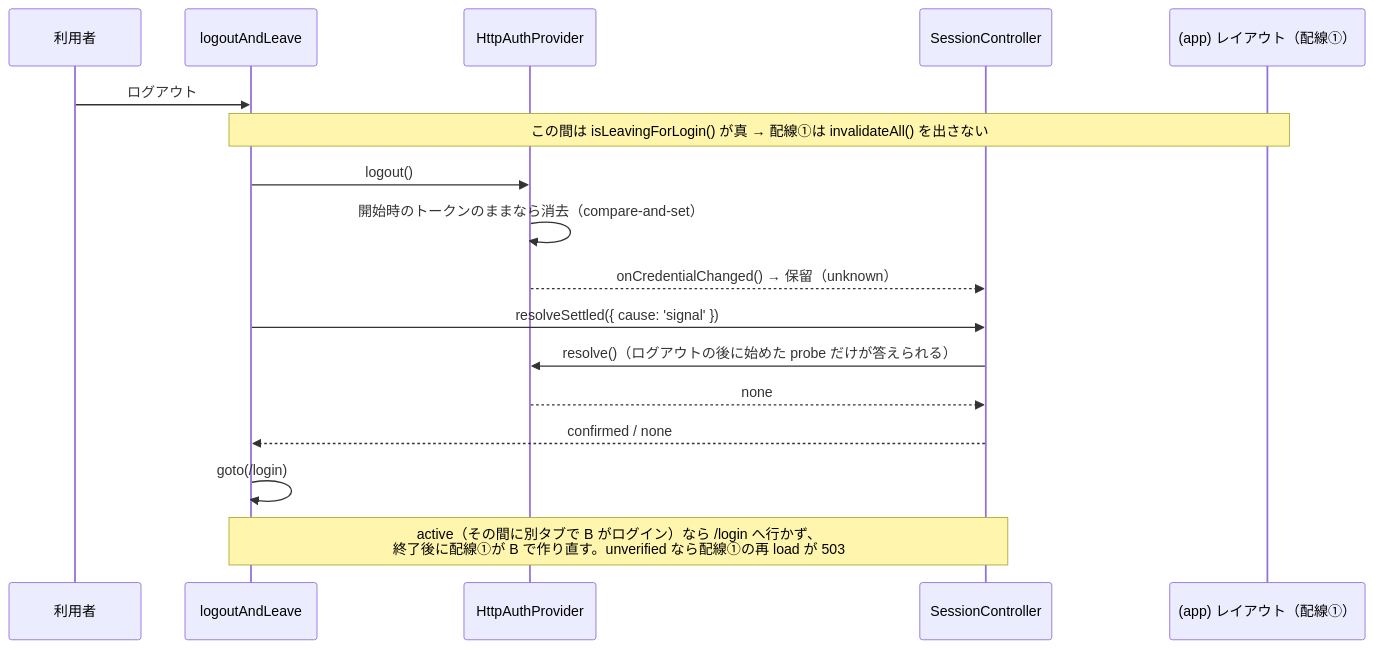
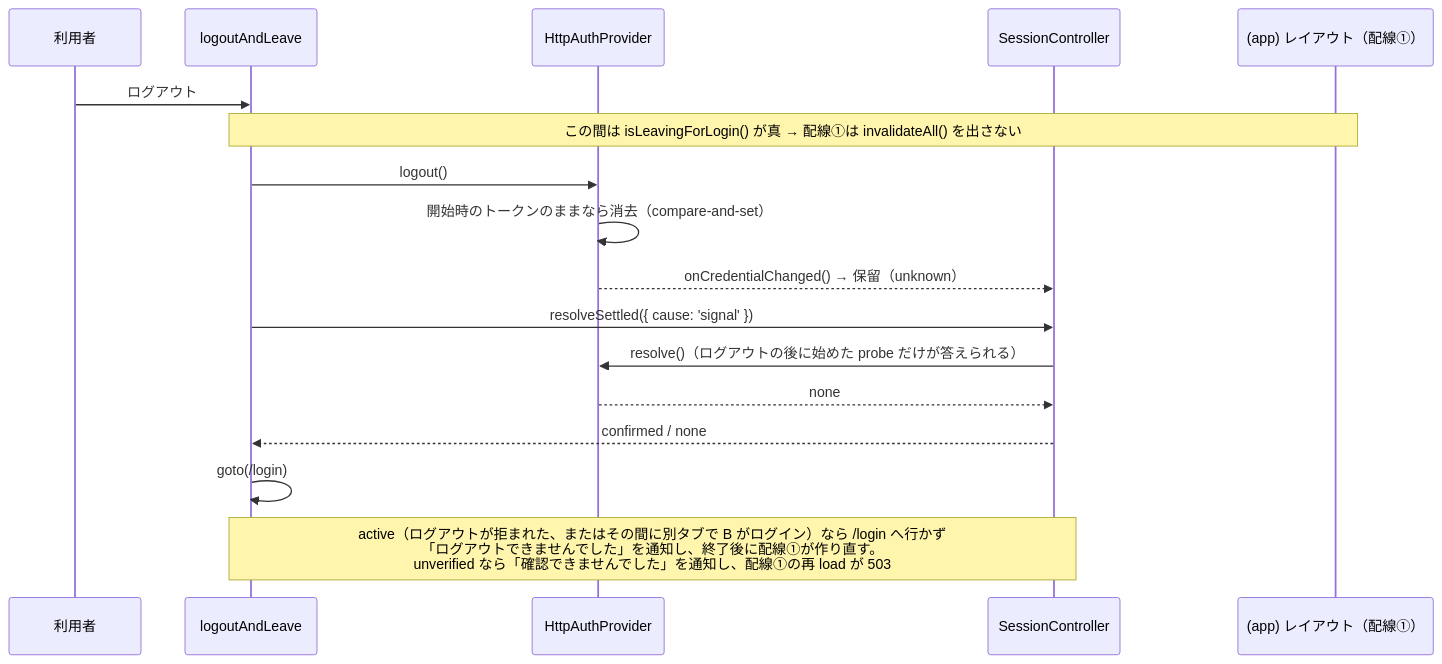
One commit to tyaro/banto changed the fifth of 11 diagrams in docs/architecture-flows.md. Above: the diagram before and after it, drawn with Mermaid. The commit also changed other lines of this file and 3 other files, not shown here.

````diff
--- a/docs/architecture-flows.md
+++ b/docs/architecture-flows.md
@@ -147,20 +148,20 @@
 ```mermaid
 sequenceDiagram
   participant U as 利用者
   participant LO as logoutAndLeave
   participant AP as HttpAuthProvider
   participant SC as SessionController
   participant L as (app) レイアウト（配線①）
 
   U->>LO: ログアウト
   Note over LO,L: この間は isLeavingForLogin() が真 → 配線①は invalidateAll() を出さない
   LO->>AP: logout()
   AP->>AP: 開始時のトークンのままなら消去（compare-and-set）
   AP-->>SC: onCredentialChanged() → 保留（unknown）
   LO->>SC: resolveSettled({ cause: 'signal' })
   SC->>AP: resolve()（ログアウトの後に始めた probe だけが答えられる）
   AP-->>SC: none
   SC-->>LO: confirmed / none
   LO->>LO: goto(/login)
-  Note over LO,SC: active（その間に別タブで B がログイン）なら /login へ行かず、<br/>終了後に配線①が B で作り直す。unverified なら配線①の再 load が 503
+  Note over LO,SC: active（ログアウトが拒まれた、またはその間に別タブで B がログイン）なら /login へ行かず<br/>「ログアウトできませんでした」を通知し、終了後に配線①が作り直す。<br/>unverified なら「確認できませんでした」を通知し、配線①の再 load が 503
 ```
````
